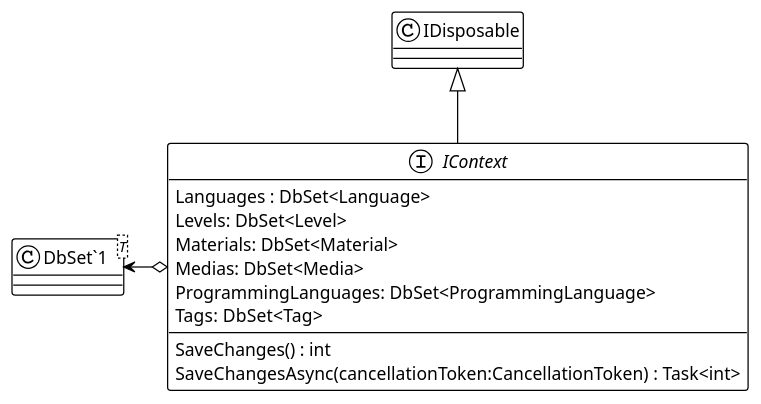
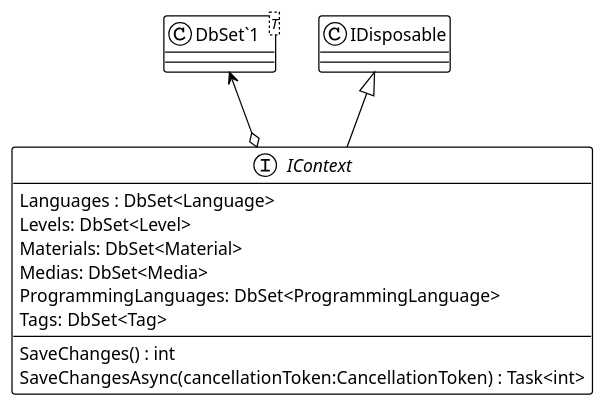
One commit to ahja-itu/BDSA2021-FinalProject changed the diagram in Documentation/UML/CollectedPumls/IContext.puml. Above: the diagram before and after it, drawn with PlantUML. The commit also changed 4 other files, not shown here.

Commit message:
Update diagrams

```diff
--- a/Documentation/UML/CollectedPumls/IContext.puml
+++ b/Documentation/UML/CollectedPumls/IContext.puml
@@ -1,17 +1,17 @@
 @startuml
 !theme plain
 interface IContext {
     SaveChanges() : int
     SaveChangesAsync(cancellationToken:CancellationToken) : Task<int>
 Languages : DbSet<Language>
 Levels: DbSet<Level>
 Materials: DbSet<Material>
 Medias: DbSet<Media>
 ProgrammingLanguages: DbSet<ProgrammingLanguage>
 Tags: DbSet<Tag>
 }
 class "DbSet`1"<T> {
 }
 IDisposable <|-- IContext
-"DbSet`1" <-o IContext
+"DbSet`1" <-d-o IContext
 @enduml
```
